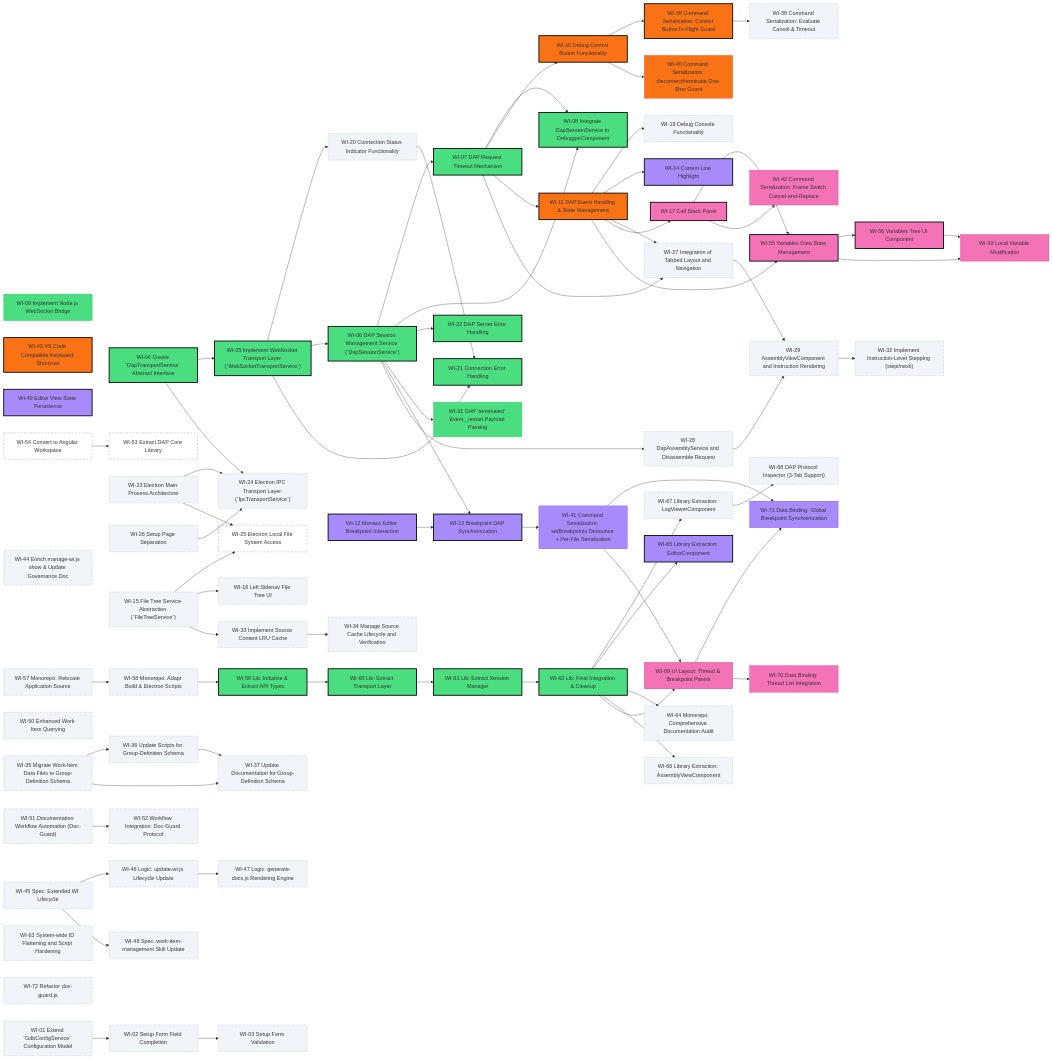
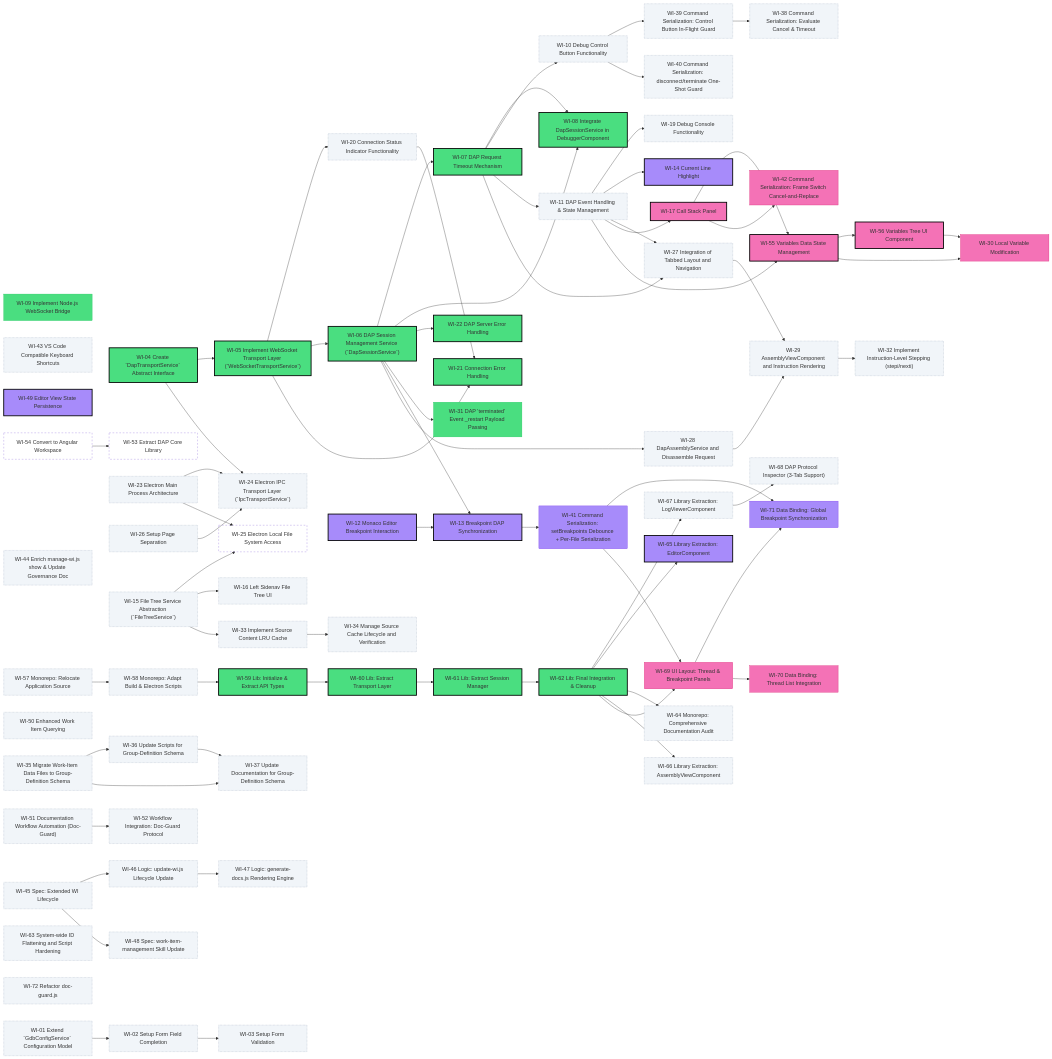
One commit to tangpo387-arch/taro-debugger changed the diagram in docs/project-roadmap.md. Above: the diagram before and after it, drawn with Mermaid. The commit also changed other lines of this file and 7 other files, not shown here.

```diff
--- a/docs/project-roadmap.md
+++ b/docs/project-roadmap.md
@@ -166,11 +166,11 @@
     style WI_60 fill:#4ade80,stroke:#000,stroke-width:2.5px
     style WI_61 fill:#4ade80,stroke:#000,stroke-width:2.5px
     style WI_62 fill:#4ade80,stroke:#000,stroke-width:2.5px
-    style WI_10 fill:#f97316,stroke:#000,stroke-width:2.5px
-    style WI_11 fill:#f97316,stroke:#000,stroke-width:2.5px
-    style WI_39 fill:#f97316,stroke:#000,stroke-width:2.5px
-    style WI_40 fill:#f97316,stroke:#ea580c
-    style WI_43 fill:#f97316,stroke:#000,stroke-width:2.5px
+    style WI_10 fill:#f1f5f9,stroke:#94a3b8,stroke-width:1px,stroke-dasharray:2
+    style WI_11 fill:#f1f5f9,stroke:#94a3b8,stroke-width:1px,stroke-dasharray:2
+    style WI_39 fill:#f1f5f9,stroke:#94a3b8,stroke-width:1px,stroke-dasharray:2
+    style WI_40 fill:#f1f5f9,stroke:#94a3b8,stroke-width:1px,stroke-dasharray:2
+    style WI_43 fill:#f1f5f9,stroke:#94a3b8,stroke-width:1px,stroke-dasharray:2
     style WI_12 fill:#a78bfa,stroke:#000,stroke-width:2.5px
     style WI_13 fill:#a78bfa,stroke:#000,stroke-width:2.5px
     style WI_14 fill:#a78bfa,stroke:#000,stroke-width:2.5px
```
